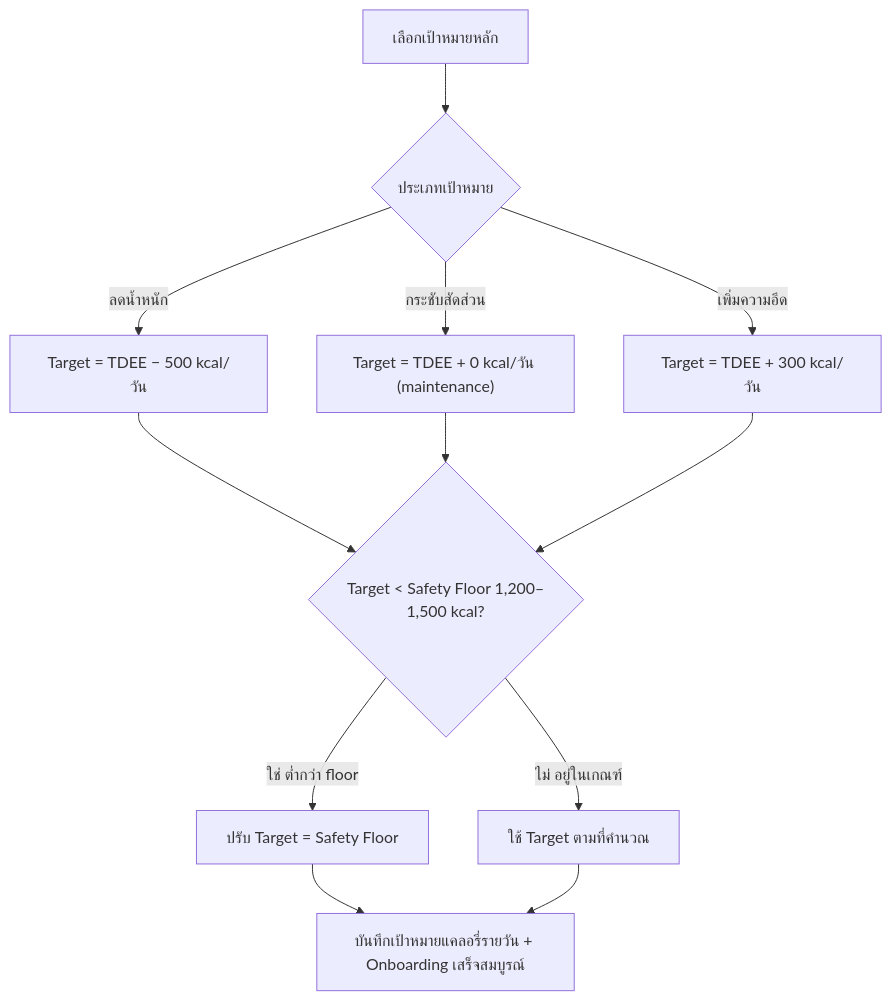
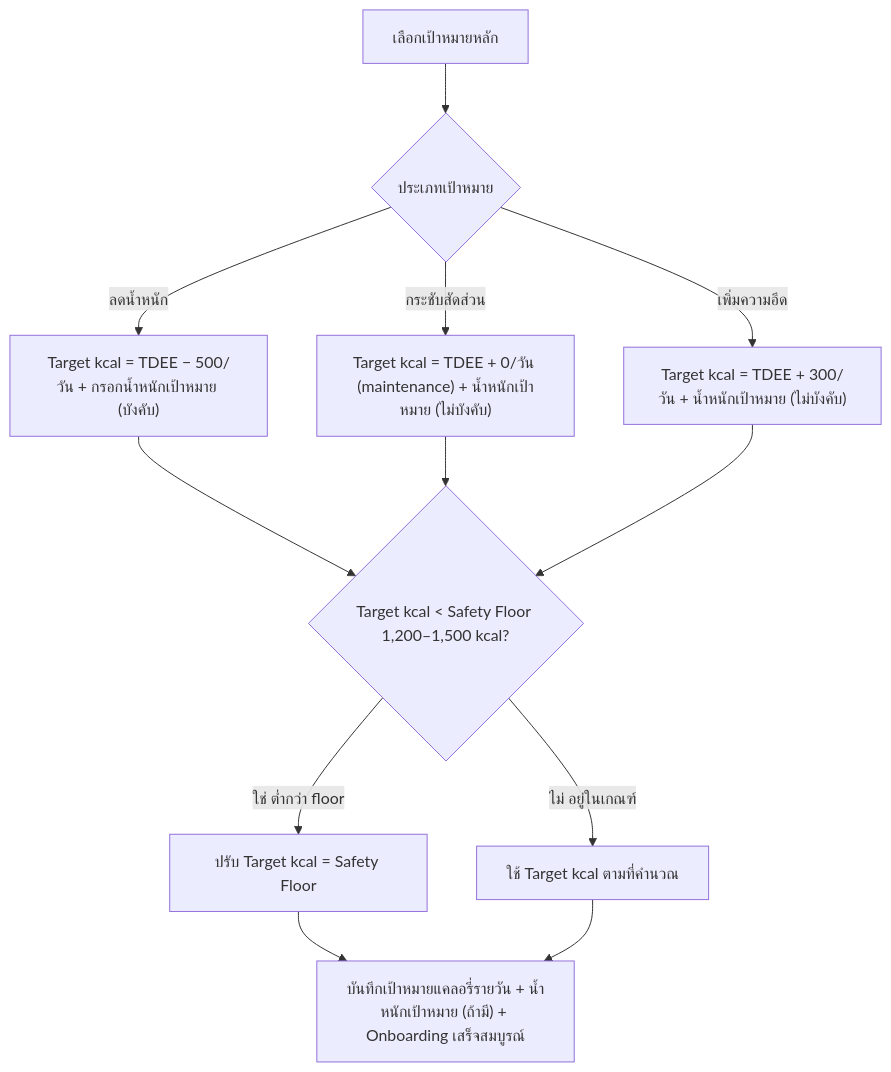
One commit to Kikofah/smartFit_daily changed the third of 14 diagrams in docs/02-design/01-prototypes/user-journeys.md. Above: the diagram before and after it, drawn with Mermaid. The commit also changed other lines of this file and 5 other files, not shown here.

First line of the commit message:
Add conceptual High Level Architecture doc

````diff
--- a/docs/02-design/01-prototypes/user-journeys.md
+++ b/docs/02-design/01-prototypes/user-journeys.md
@@ -94,14 +94,14 @@
 ```mermaid
 flowchart TD
     A[เลือกเป้าหมายหลัก] --> B{ประเภทเป้าหมาย}
-    B -- ลดน้ำหนัก --> C["Target = TDEE − 500 kcal/วัน"]
-    B -- กระชับสัดส่วน --> D["Target = TDEE + 0 kcal/วัน (maintenance)"]
-    B -- เพิ่มความอึด --> E["Target = TDEE + 300 kcal/วัน"]
-    C --> F{"Target < Safety Floor 1,200–1,500 kcal?"}
+    B -- ลดน้ำหนัก --> C["Target kcal = TDEE − 500/วัน + กรอกน้ำหนักเป้าหมาย (บังคับ)"]
+    B -- กระชับสัดส่วน --> D["Target kcal = TDEE + 0/วัน (maintenance) + น้ำหนักเป้าหมาย (ไม่บังคับ)"]
+    B -- เพิ่มความอึด --> E["Target kcal = TDEE + 300/วัน + น้ำหนักเป้าหมาย (ไม่บังคับ)"]
+    C --> F{"Target kcal < Safety Floor 1,200–1,500 kcal?"}
     D --> F
     E --> F
-    F -- ใช่ ต่ำกว่า floor --> G[ปรับ Target = Safety Floor]
-    F -- ไม่ อยู่ในเกณฑ์ --> H[ใช้ Target ตามที่คำนวณ]
-    G --> I[บันทึกเป้าหมายแคลอรี่รายวัน + Onboarding เสร็จสมบูรณ์]
+    F -- ใช่ ต่ำกว่า floor --> G[ปรับ Target kcal = Safety Floor]
+    F -- ไม่ อยู่ในเกณฑ์ --> H[ใช้ Target kcal ตามที่คำนวณ]
+    G --> I["บันทึกเป้าหมายแคลอรี่รายวัน + น้ำหนักเป้าหมาย (ถ้ามี) + Onboarding เสร็จสมบูรณ์"]
     H --> I
 ```
````
